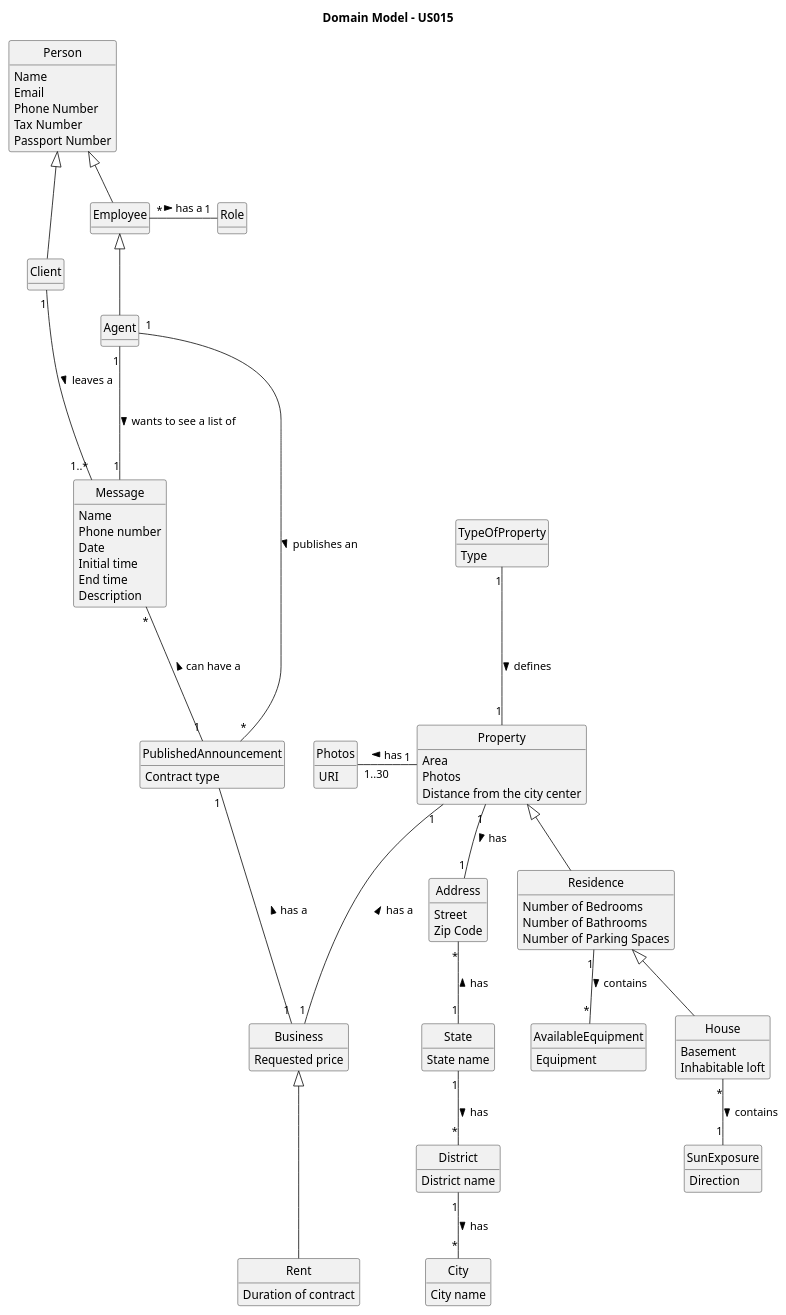
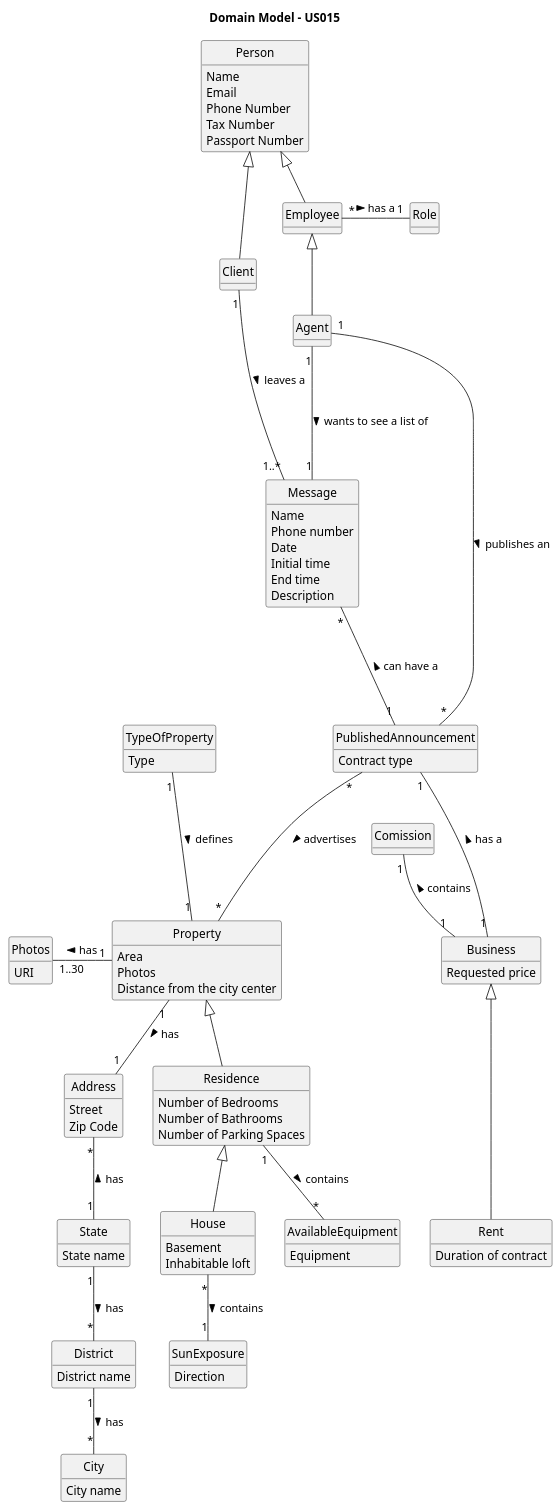
The diagram in docs/sprintD/US015/02.analysis/puml/us015-domain-model.puml (PureNimble/ISEP-LAPR2), drawn with PlantUML before and after one commit. The commit also changed 9 other files, not shown here.

First line of the commit message:
US09- Class diagram and domain module small update and added the updated svg

```diff
--- a/docs/sprintD/US015/02.analysis/puml/us015-domain-model.puml
+++ b/docs/sprintD/US015/02.analysis/puml/us015-domain-model.puml
@@ -1,137 +1,141 @@
 @startuml
 skinparam monochrome true
 skinparam packageStyle rectangle
 skinparam shadowing false
 
 'left to right direction
 
 skinparam classAttributeIconSize 0
 
 hide circle
 hide methods
 
 title Domain Model - US015
 
  class Agent{
  }
 
  class Message{
      Name
      Phone number
      Date
      Initial time
      End time
      Description
  }
 
  class Employee{
  }
 
  class Person{
  Name
  Email
  Phone Number
  Tax Number
  Passport Number
  }
 
 
  class Address {
      Street
      Zip Code
  }
 
  class City {
      City name
  }
 
  class District {
      District name
  }
 
  class State {
      State name
  }
 
  State "1" -down- "*" District: has >
  District "1" -down- "*" City: has >
  Address "*" -down- "1" State: has <
 class Client {
 
  }
 
 
  class Residence {
      Number of Bedrooms
      Number of Bathrooms
      Number of Parking Spaces
  }
 
  class Property {
      Area
      Photos
      Distance from the city center
  }
 
  class TypeOfProperty{
      Type
  }
 
  class Photos {
      URI
  }
 
  class House {
      Basement
      Inhabitable loft
  }
 
  class SunExposure {
      Direction
  }
 
  class AvailableEquipment {
      Equipment
  }
 
  Residence <|-down- House
  Property <|-down- Residence
  Property "1" -left-- "1..30" Photos: has >
  SunExposure "1" -up- "*" House: contains <
  Address "1" -up- "1" Property: has <
  AvailableEquipment "*" -up- "1" Residence: contains <
  TypeOfProperty "1" -down-- "1" Property: defines >
 
 
  class Rent {
      Duration of contract
  }
 
  class Business {
      Requested price
  }
 
  class PublishedAnnouncement {
      Contract type
  }
 
+
+
  class Role{
 
  }
 
-
- Property "1" --- "1" Business: has a <
+ PublishedAnnouncement "*" --- "*" Property: advertises >
  PublishedAnnouncement "1" --- "1" Business: has a <
  Business <|--- Rent
  Message "*" --- "1" PublishedAnnouncement: can have a <
    Client "1" --right- "1..*" Message: leaves a >
    Agent "1" --- "*" PublishedAnnouncement: publishes an >
    Employee "*" --right-"1" Role: has a >
 
 Agent "1" --- "1" Message: wants to see a list of >
 Person <|-- Employee
 Employee <|-- Agent
 Person <|-- Client
 
+Comission "1" -- "1" Business : contains <
+
+
 
 @enduml
```
